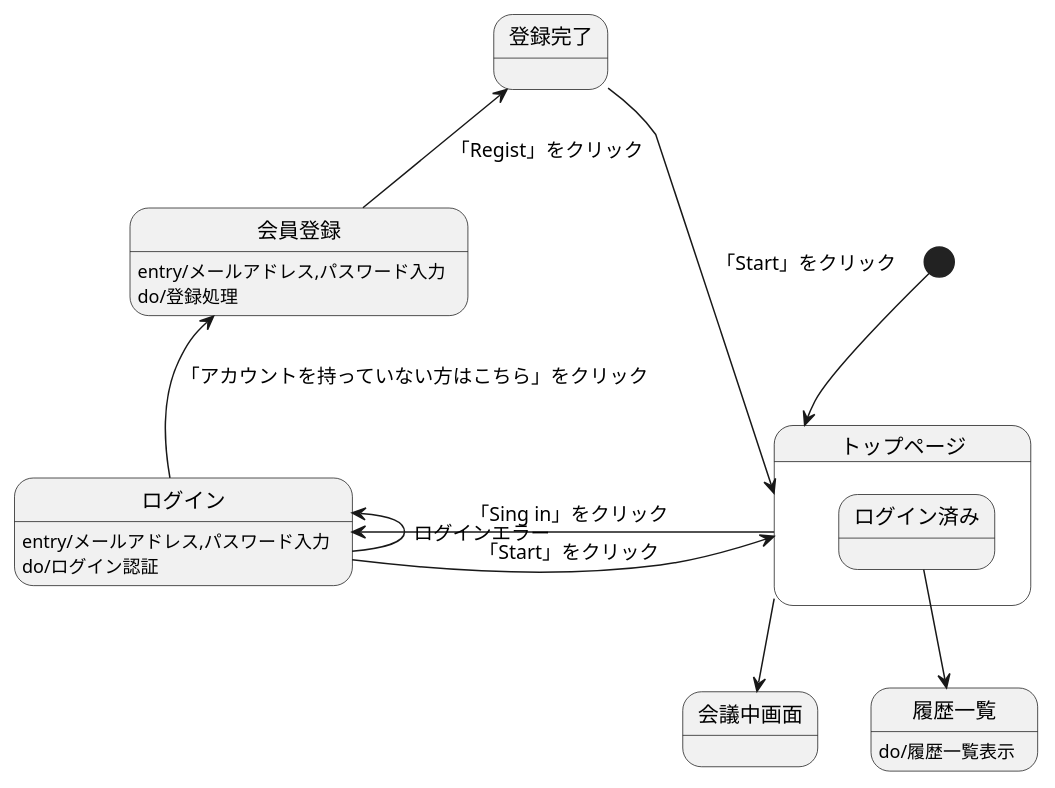
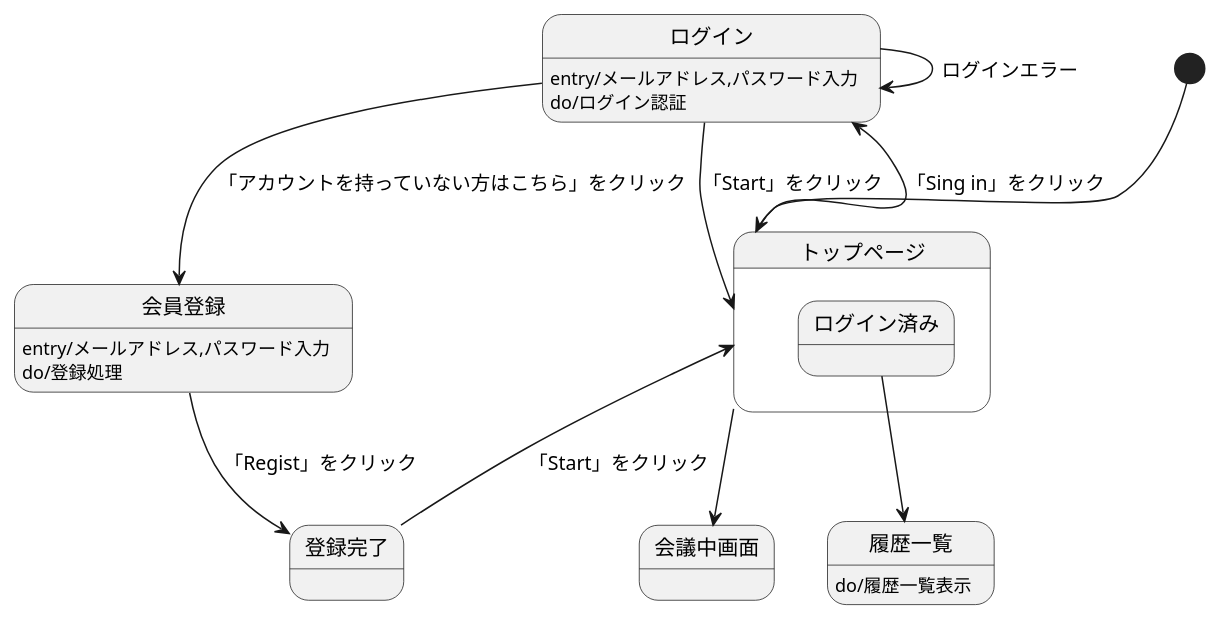
Before and after one commit to Aso2001031/2021sys-design: the diagram in 画面遷移図.md, drawn with PlantUML.

````diff
--- a/画面遷移図.md
+++ b/画面遷移図.md
@@ -1,32 +1,32 @@
 ```uml
 @startuml
 
 [*] -down-> トップページ
 
 State トップページ {
   state ログイン済み {
   
   }
 }
 トップページ -right-> ログイン :「Sing in」をクリック
 トップページ -down-> 会議中画面
 
 
 ログイン : entry/メールアドレス,パスワード入力
 ログイン : do/ログイン認証
-ログイン -left-> トップページ :「Start」をクリック
-ログイン -up-> 会員登録 :「アカウントを持っていない方はこちら」をクリック
-ログイン -up-> ログイン :ログインエラー
+ログイン --> トップページ :「Start」をクリック
+ログイン --> 会員登録 :「アカウントを持っていない方はこちら」をクリック
+ログイン --> ログイン :ログインエラー
 
 会員登録 : entry/メールアドレス,パスワード入力
 会員登録 : do/登録処理
-会員登録 -up-> 登録完了 : 「Regist」をクリック
+会員登録 --> 登録完了 : 「Regist」をクリック
 
 登録完了 --> トップページ :「Start」をクリック
 
 ログイン済み --> 履歴一覧
 
 履歴一覧 :do/履歴一覧表示
 
 @enduml
 ```
````
